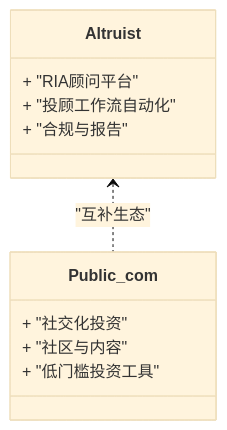
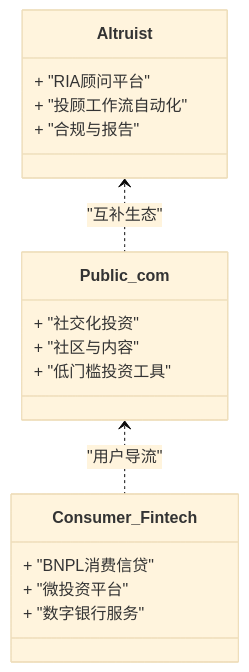
One commit to allengaller/awesome-startups changed the fifth of 6 diagrams in .qoder/repowiki/zh/content/金融科技/金融科技.md. Above: the diagram before and after it, drawn with Mermaid (base theme). The commit also changed other lines of this file and 20 other files, not shown here.

````diff
--- a/.qoder/repowiki/zh/content/金融科技/金融科技.md
+++ b/.qoder/repowiki/zh/content/金融科技/金融科技.md
@@ -143,14 +199,20 @@
 ```mermaid
 classDiagram
 class Altruist {
 + "RIA顾问平台"
 + "投顾工作流自动化"
 + "合规与报告"
 }
 class Public_com {
 + "社交化投资"
 + "社区与内容"
 + "低门槛投资工具"
 }
+class Consumer_Fintech {
++ "BNPL消费信贷"
++ "微投资平台"
++ "数字银行服务"
+}
 Altruist <.. Public_com : "互补生态"
+Public_com <.. Consumer_Fintech : "用户导流"
 ```
````
